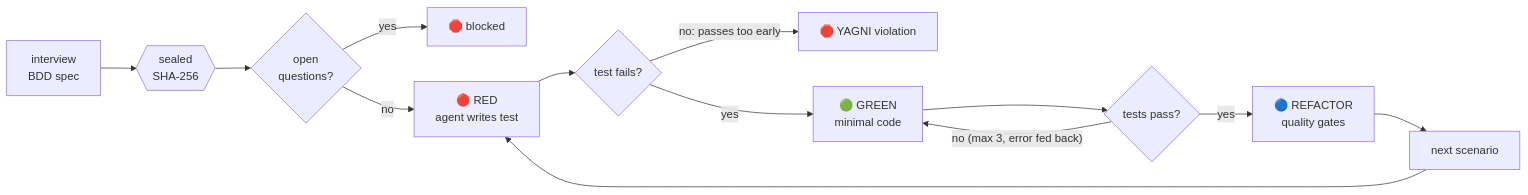
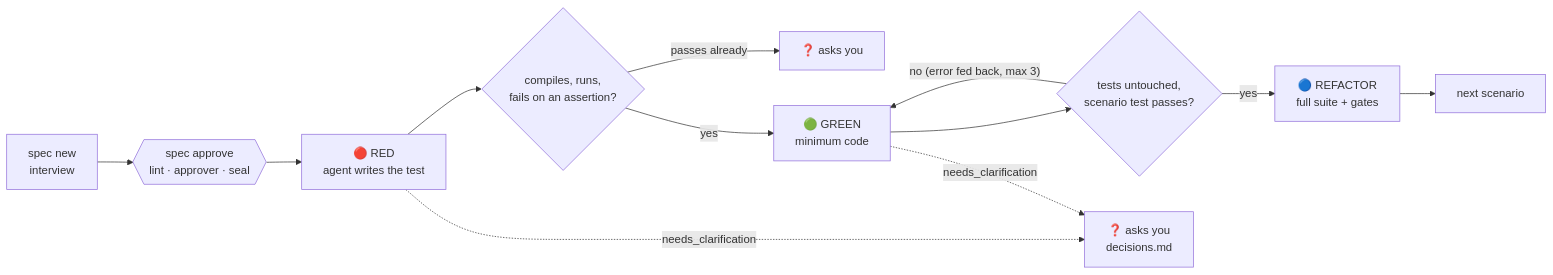
One commit to jefmonjor/specforge changed the diagram in README.md. Above: the diagram before and after it, drawn with Mermaid. The commit also changed other lines of this file and 166 other files, not shown here.

````diff
--- a/README.md
+++ b/README.md
@@ -63,15 +74,14 @@
 ```mermaid
 flowchart LR
-    I["interview<br/>BDD spec"] --> S{{"sealed<br/>SHA-256"}}
-    S --> C{"open<br/>questions?"}
-    C -- yes --> X["🛑 blocked"]
-    C -- no --> R["🔴 RED<br/>agent writes test"]
-    R --> Y{"test fails?"}
-    Y -- "no: passes too early" --> YA["🛑 YAGNI violation"]
-    Y -- yes --> G["🟢 GREEN<br/>minimal code"]
-    G --> T{"tests pass?"}
-    T -- "no (max 3, error fed back)" --> G
-    T -- yes --> F["🔵 REFACTOR<br/>quality gates"]
-    F --> N["next scenario"]
-    N --> R
+    N["spec new<br/>interview"] --> A{{"spec approve<br/>lint · approver · seal"}}
+    A --> R["🔴 RED<br/>agent writes the test"]
+    R --> RV{"compiles, runs,<br/>fails on an assertion?"}
+    RV -- "passes already" --> Q1["❓ asks you"]
+    RV -- yes --> G["🟢 GREEN<br/>minimum code"]
+    G --> GV{"tests untouched,<br/>scenario test passes?"}
+    GV -- "no (error fed back, max 3)" --> G
+    GV -- yes --> F["🔵 REFACTOR<br/>full suite + gates"]
+    F --> NX["next scenario"]
+    R -. "needs_clarification" .-> Q2["❓ asks you<br/>decisions.md"]
+    G -. "needs_clarification" .-> Q2
 ```
````
